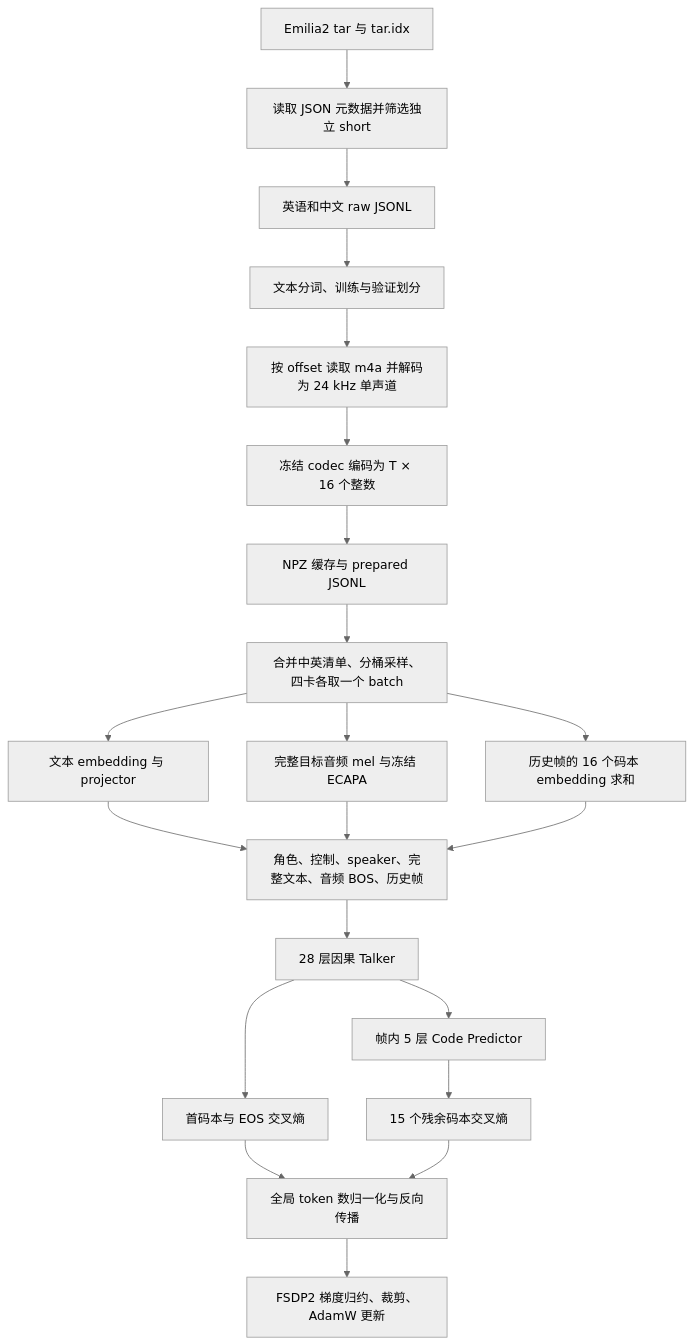
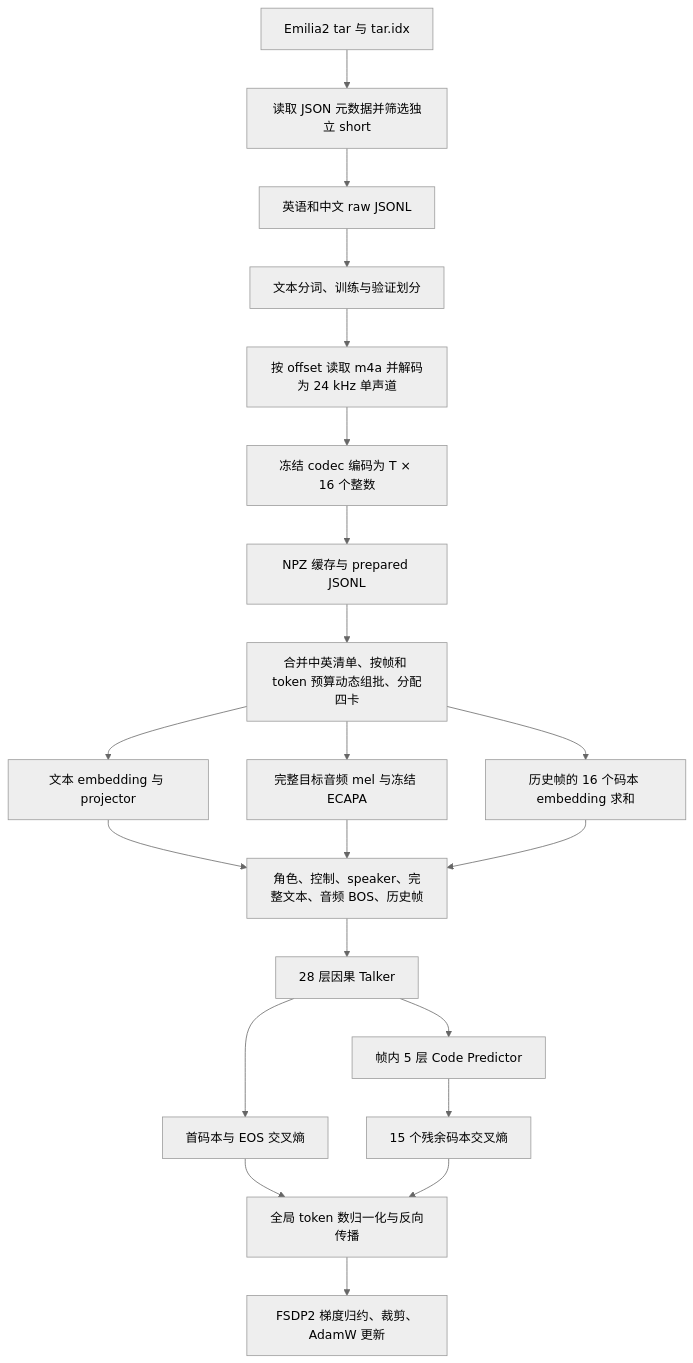
Before and after one commit to amphionspace/LM-TTS-Training: the diagram in docs/training/pretraining-pipeline.md, drawn with Mermaid (neutral theme). The commit also changed other lines of this file and 33 other files, not shown here.

````diff
--- a/docs/training/pretraining-pipeline.md
+++ b/docs/training/pretraining-pipeline.md
@@ -17,23 +17,23 @@
 ```mermaid
 flowchart TD
     A[Emilia2 tar 与 tar.idx] --> B[读取 JSON 元数据并筛选独立 short]
     B --> C[英语和中文 raw JSONL]
     C --> D[文本分词、训练与验证划分]
     D --> E[按 offset 读取 m4a 并解码为 24 kHz 单声道]
     E --> F[冻结 codec 编码为 T × 16 个整数]
     F --> G[NPZ 缓存与 prepared JSONL]
-    G --> H[合并中英清单、分桶采样、四卡各取一个 batch]
+    G --> H[合并中英清单、按帧和 token 预算动态组批、分配四卡]
     H --> I[文本 embedding 与 projector]
     H --> J[完整目标音频 mel 与冻结 ECAPA]
     H --> K[历史帧的 16 个码本 embedding 求和]
     I --> L[角色、控制、speaker、完整文本、音频 BOS、历史帧]
     J --> L
     K --> L
     L --> M[28 层因果 Talker]
     M --> N[首码本与 EOS 交叉熵]
     M --> O[帧内 5 层 Code Predictor]
     O --> P[15 个残余码本交叉熵]
     N --> Q[全局 token 数归一化与反向传播]
     P --> Q
     Q --> R[FSDP2 梯度归约、裁剪、AdamW 更新]
 ```
````
